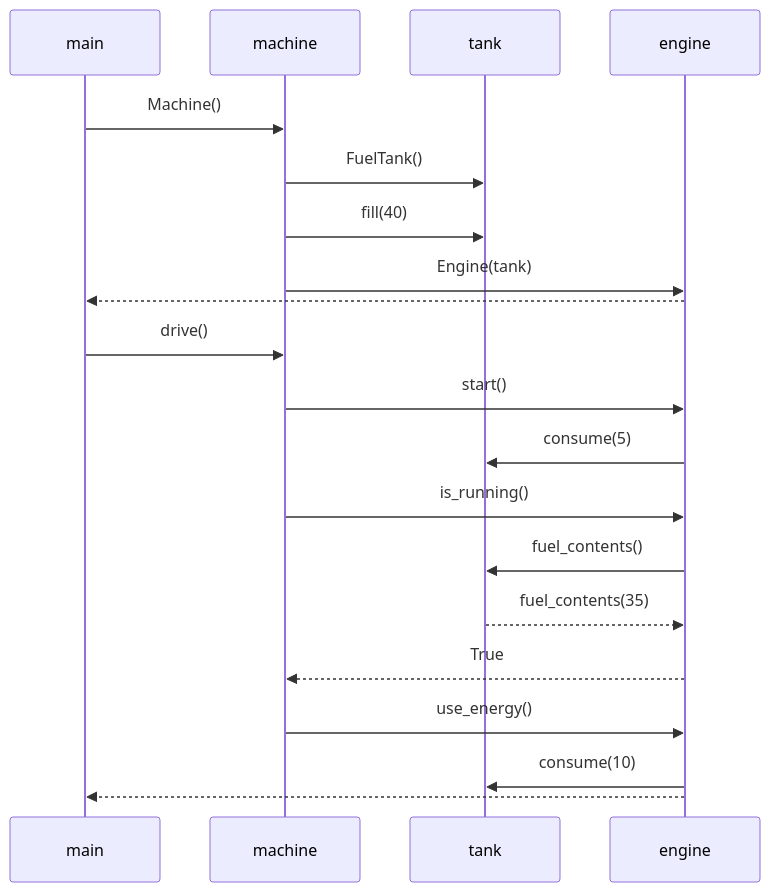
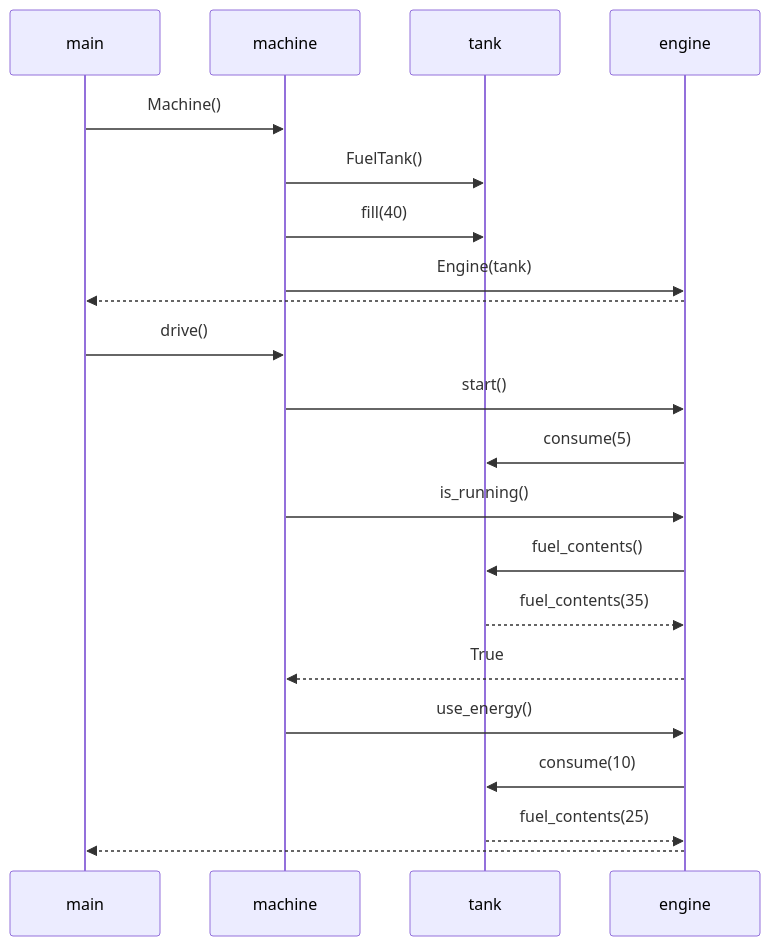
One commit to syrvil/ot-harjoitustyo changed the third of 4 diagrams in laskarit/viikko3/kaaviot.md. Above: the diagram before and after it, drawn with Mermaid.

````diff
--- a/laskarit/viikko3/kaaviot.md
+++ b/laskarit/viikko3/kaaviot.md
@@ -57,19 +57,20 @@
 ```mermaid
 sequenceDiagram
     main ->> machine: Machine()
     machine ->> tank: FuelTank()
     machine ->> tank: fill(40)
     machine ->> engine: Engine(tank)
     engine -->> main: 
     main ->> machine: drive()
     machine ->> engine: start()
     engine ->> tank: consume(5)
     machine ->> engine: is_running()
     engine ->> tank: fuel_contents()
     tank -->> engine: fuel_contents(35)
     engine -->> machine: True
     machine ->> engine: use_energy()
     engine ->> tank: consume(10)
+    tank -->> engine: fuel_contents(25)
     engine -->> main: 
 
 ```
````
